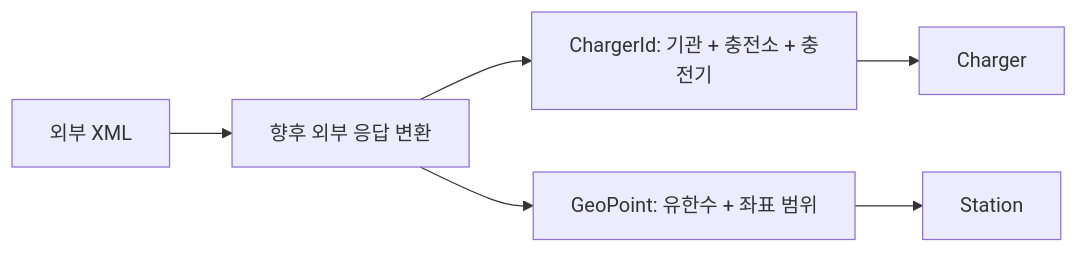
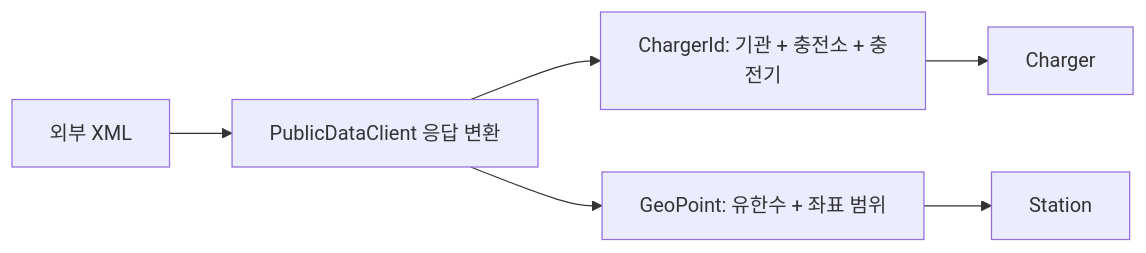
One commit to seungmin-park/PlugPass changed the diagram in docs/data-contract.md. Above: the diagram before and after it, drawn with Mermaid. The commit also changed other lines of this file and 18 other files, not shown here.

Commit message:
fix: accept actual row counts in public data final pages (#49)

````diff
--- a/docs/data-contract.md
+++ b/docs/data-contract.md
@@ -51,8 +50,8 @@
 ```mermaid
 flowchart LR
-    XML[외부 XML] --> Adapter[향후 외부 응답 변환]
+    XML[외부 XML] --> Adapter[PublicDataClient 응답 변환]
     Adapter --> ID[ChargerId: 기관 + 충전소 + 충전기]
     Adapter --> Location[GeoPoint: 유한수 + 좌표 범위]
     ID --> Charger[Charger]
     Location --> Station[Station]
 ```
````
